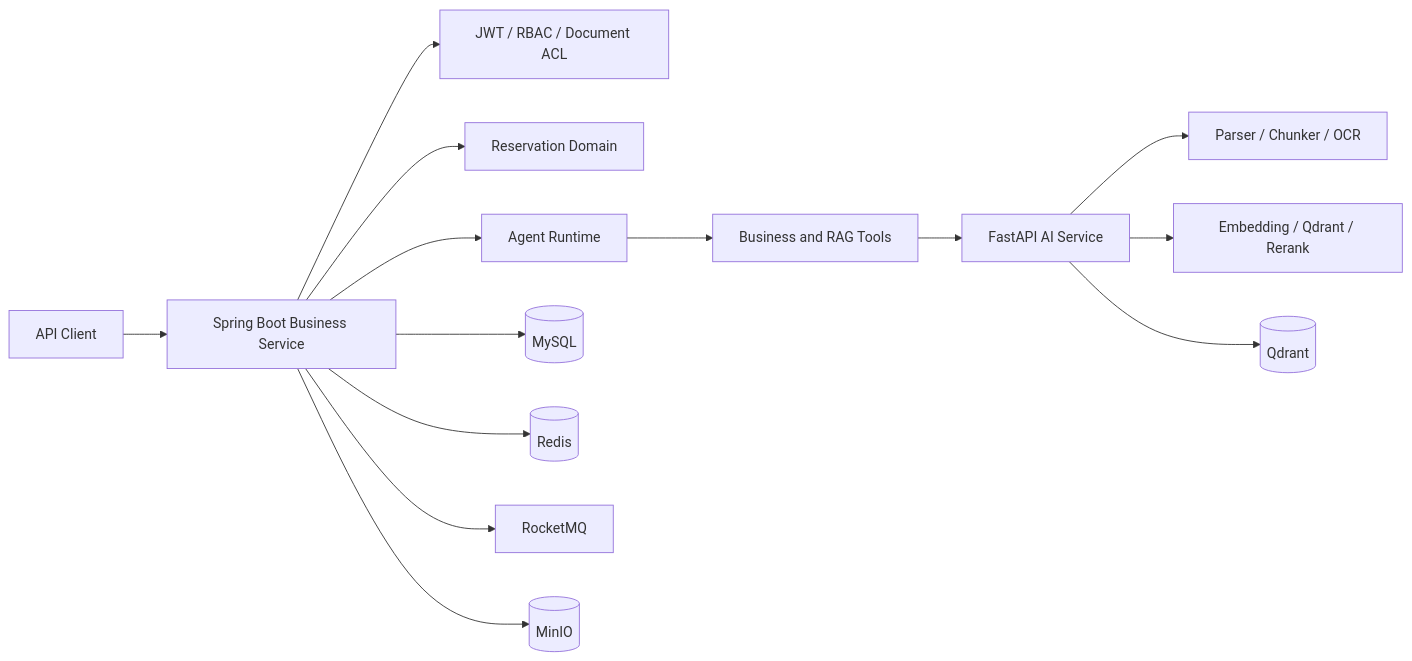
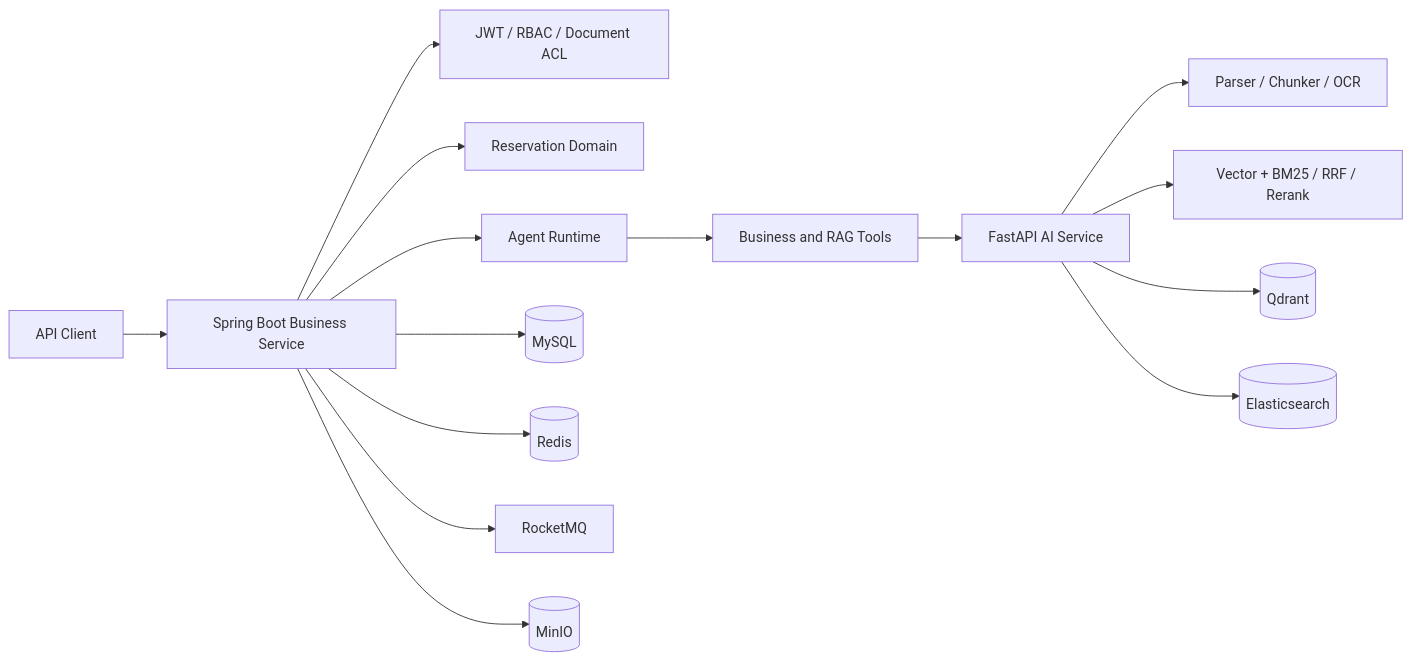
The diagram in README.md (Fragmentaim/lab-resource-reservation-platform), drawn with Mermaid before and after one commit. The commit also changed other lines of this file and 19 other files, not shown here.

````diff
--- a/README.md
+++ b/README.md
@@ -7,16 +7,17 @@
 ```mermaid
 flowchart LR
     Client[API Client] --> Java[Spring Boot Business Service]
     Java --> Auth[JWT / RBAC / Document ACL]
     Java --> Booking[Reservation Domain]
     Java --> Agent[Agent Runtime]
     Agent --> Tools[Business and RAG Tools]
     Tools --> AI[FastAPI AI Service]
     AI --> Parser[Parser / Chunker / OCR]
-    AI --> Retrieval[Embedding / Qdrant / Rerank]
+    AI --> Retrieval[Vector + BM25 / RRF / Rerank]
     Java --> MySQL[(MySQL)]
     Java --> Redis[(Redis)]
     Java --> MQ[RocketMQ]
     Java --> MinIO[(MinIO)]
     AI --> Qdrant[(Qdrant)]
+    AI --> ES[(Elasticsearch)]
 ```
````
